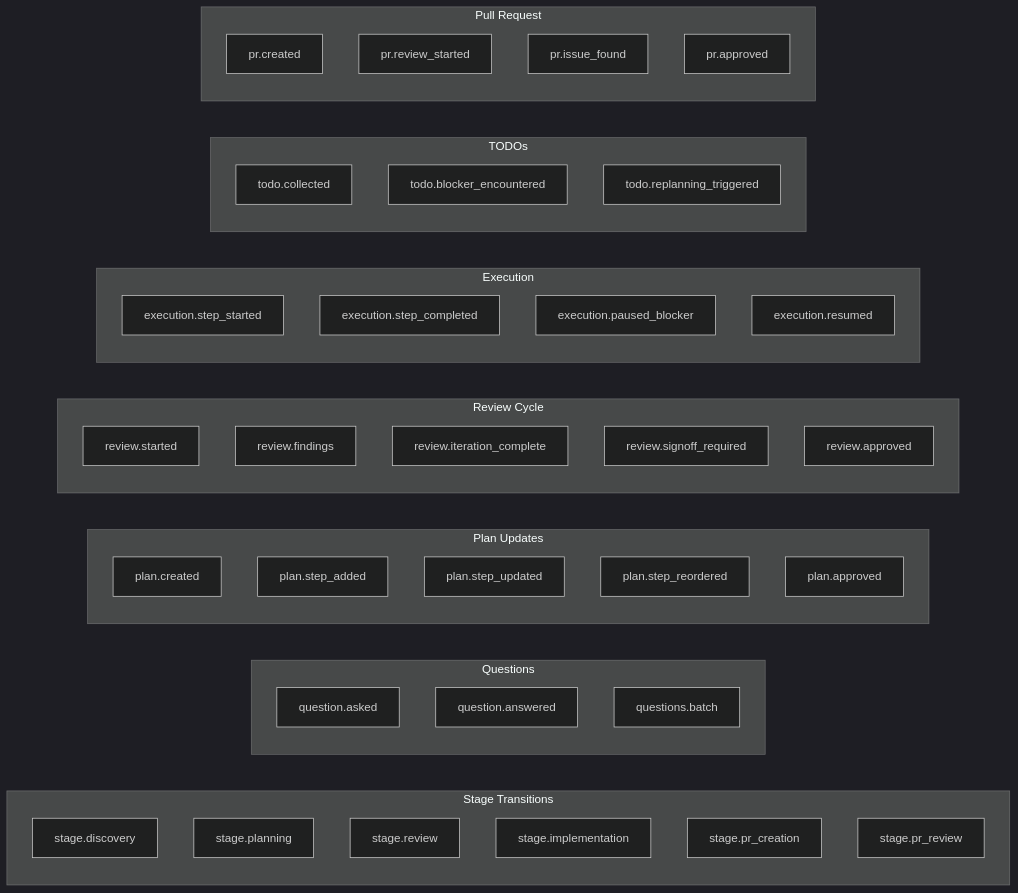
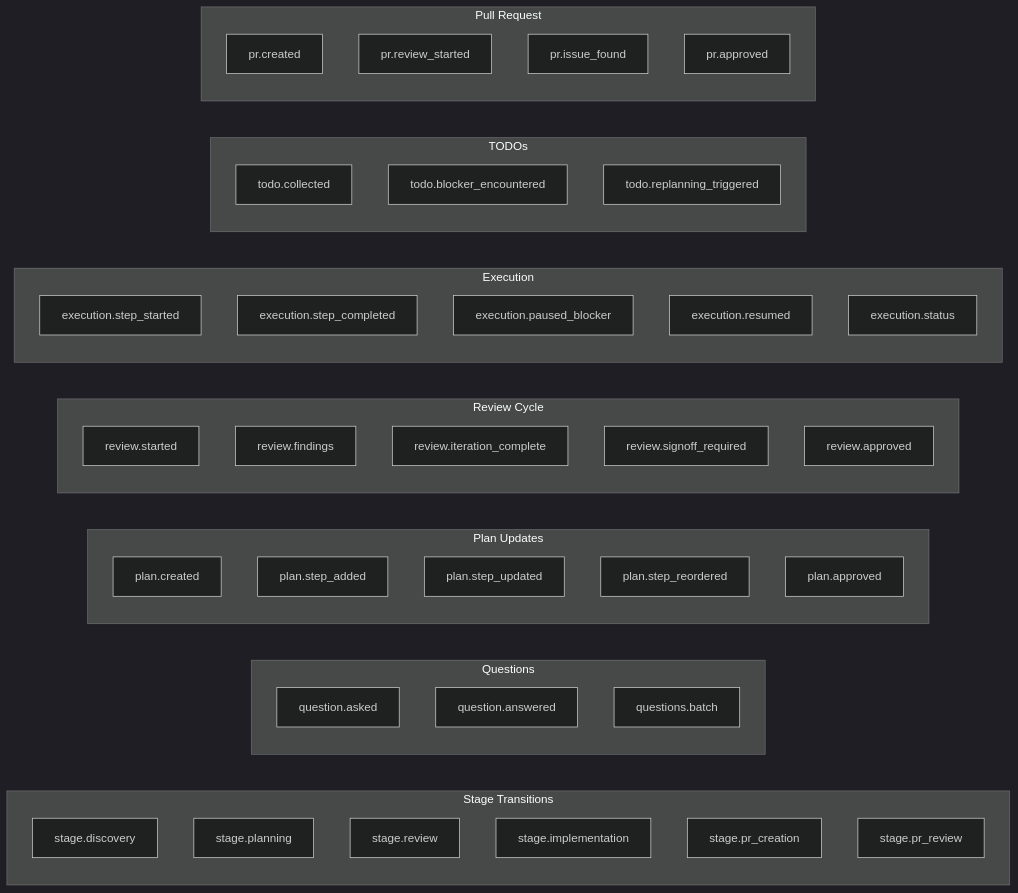
Before and after one commit to clrke/ralph-web: the ninth of 15 diagrams in README.md, drawn with Mermaid (dark theme). The commit also changed other lines of this file, not shown here.

````diff
--- a/README.md
+++ b/README.md
@@ -568,53 +604,54 @@
 ```mermaid
 flowchart LR
     subgraph StageEvents["Stage Transitions"]
         A["stage.discovery"]
         B["stage.planning"]
         C["stage.review"]
         D["stage.implementation"]
         E["stage.pr_creation"]
         F["stage.pr_review"]
     end
 
     subgraph QuestionEvents["Questions"]
         G["question.asked"]
         H["question.answered"]
         I["questions.batch"]
     end
 
     subgraph PlanEvents["Plan Updates"]
         J["plan.created"]
         K["plan.step_added"]
         L["plan.step_updated"]
         M["plan.step_reordered"]
         N["plan.approved"]
     end
 
     subgraph ReviewEvents["Review Cycle"]
         O["review.started"]
         P["review.findings"]
         Q["review.iteration_complete"]
         R["review.signoff_required"]
         S["review.approved"]
     end
 
     subgraph ExecutionEvents["Execution"]
         T["execution.step_started"]
         U["execution.step_completed"]
         V["execution.paused_blocker"]
         W["execution.resumed"]
+        X2["execution.status"]
     end
 
     subgraph TodoEvents["TODOs"]
         T2["todo.collected"]
         T3["todo.blocker_encountered"]
         T4["todo.replanning_triggered"]
     end
 
     subgraph PREvents["Pull Request"]
         X["pr.created"]
         Y["pr.review_started"]
         Z["pr.issue_found"]
         AA["pr.approved"]
     end
 ```
````
